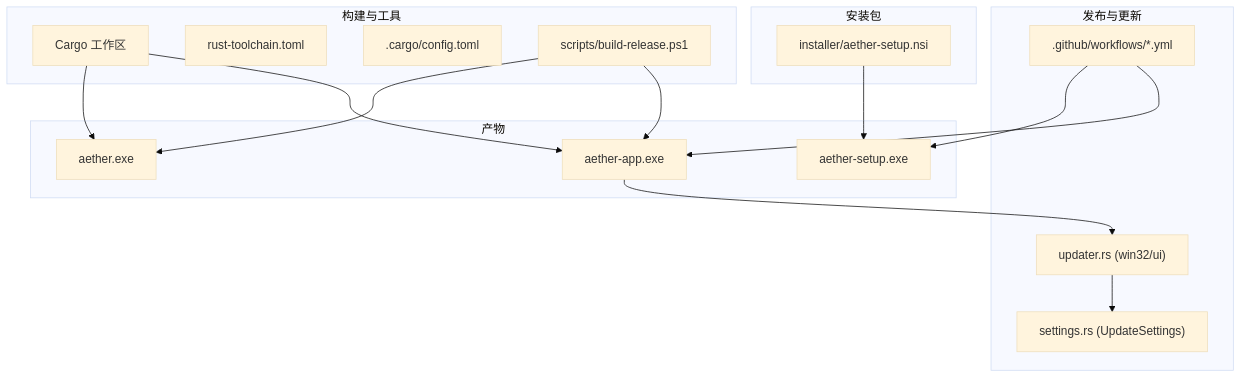
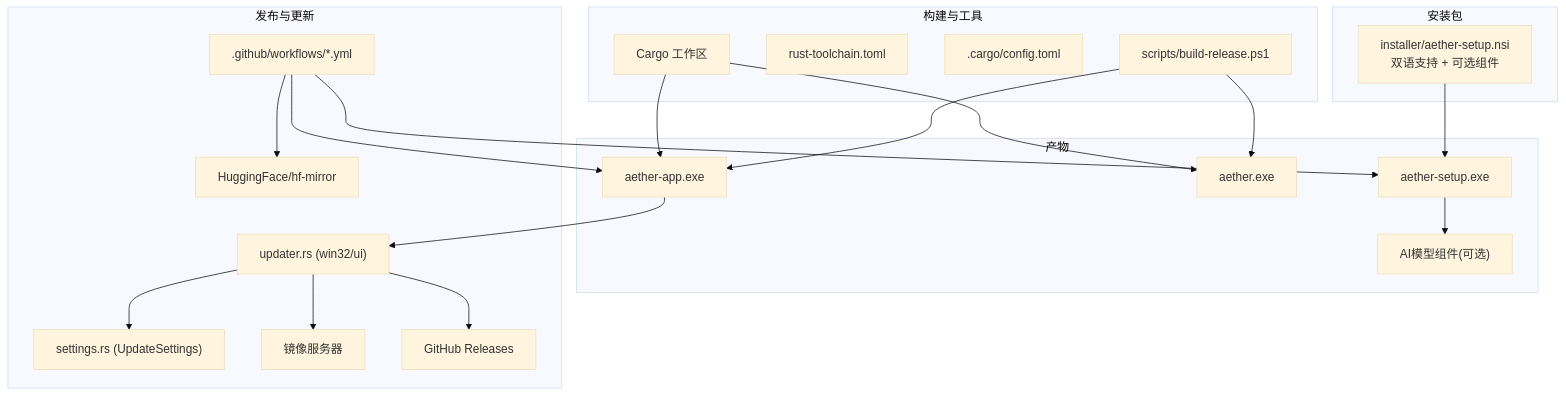
Before and after one commit to aetherstudio-cn/AetherStudio: the first of 4 diagrams in .qoder/repowiki/zh/content/部署和发布.md, drawn with Mermaid (base theme). The commit also changed other lines of this file and 17 other files, not shown here.

````diff
--- a/.qoder/repowiki/zh/content/部署和发布.md
+++ b/.qoder/repowiki/zh/content/部署和发布.md
@@ -46,31 +55,39 @@
 ```mermaid
 graph TB
 subgraph "构建与工具"
 Cargo["Cargo 工作区"]
 Toolchain["rust-toolchain.toml"]
 Config[".cargo/config.toml"]
 Script["scripts/build-release.ps1"]
 end
 subgraph "产物"
 EXE["aether-app.exe"]
 CLI["aether.exe"]
 Setup["aether-setup.exe"]
+Model["AI模型组件(可选)"]
 end
 subgraph "发布与更新"
 CI[".github/workflows/*.yml"]
 Updater["updater.rs (win32/ui)"]
 Settings["settings.rs (UpdateSettings)"]
+Mirror["镜像服务器"]
+GitHub["GitHub Releases"]
+HF["HuggingFace/hf-mirror"]
 end
 subgraph "安装包"
-NSIS["installer/aether-setup.nsi"]
+NSIS["installer/aether-setup.nsi<br/>双语支持 + 可选组件"]
 end
 Cargo --> EXE
 Cargo --> CLI
 Script --> EXE
 Script --> CLI
 CI --> EXE
 CI --> Setup
 NSIS --> Setup
 Updater --> Settings
 EXE --> Updater
+Updater --> Mirror
+Updater --> GitHub
+Setup --> Model
+CI --> HF
 ```
````
